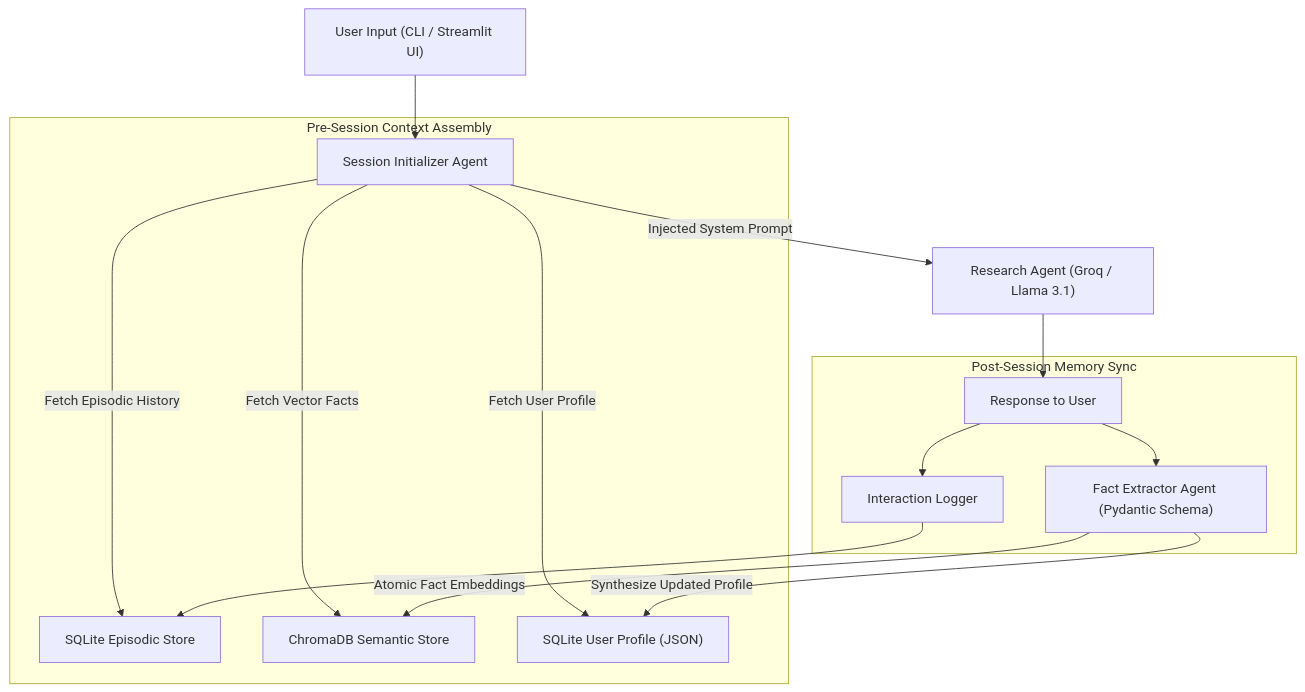
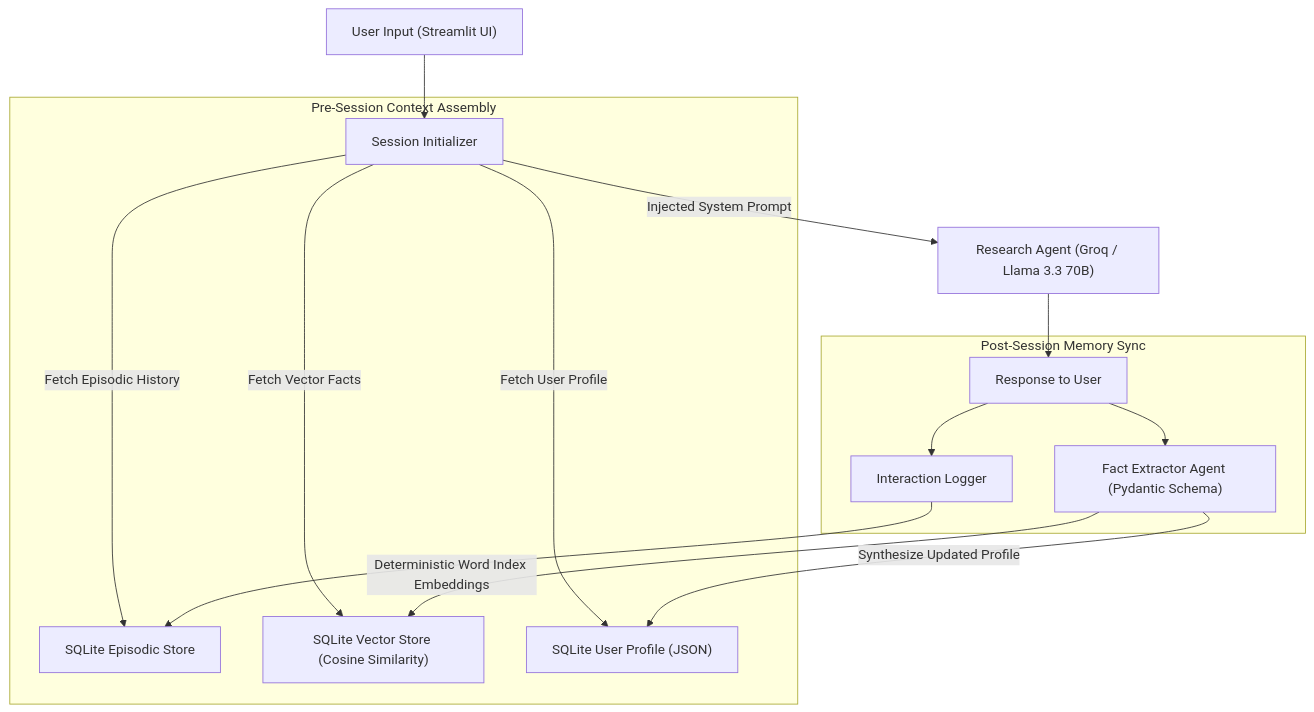
One commit to sohaibAkhlaq/calderr-ai-2026 changed the diagram in WEEK 6/intermediate_project/README.md. Above: the diagram before and after it, drawn with Mermaid. The commit also changed other lines of this file, not shown here.

````diff
--- a/WEEK 6/intermediate_project/README.md
+++ b/WEEK 6/intermediate_project/README.md
@@ -19,20 +19,20 @@
 ```mermaid
 flowchart TD
-    UserSession["User Input (CLI / Streamlit UI)"] --> SessionInit["Session Initializer Agent"]
+    UserSession["User Input (Streamlit UI)"] --> SessionInit["Session Initializer"]
     
     subgraph MemoryRetrieval ["Pre-Session Context Assembly"]
         SessionInit --> |Fetch Episodic History| SQLiteEpisodic["SQLite Episodic Store"]
-        SessionInit --> |Fetch Vector Facts| ChromaSemantic["ChromaDB Semantic Store"]
+        SessionInit --> |Fetch Vector Facts| VectorStore["SQLite Vector Store (Cosine Similarity)"]
         SessionInit --> |Fetch User Profile| UserProfileKV["SQLite User Profile (JSON)"]
     end
     
-    SessionInit --> |Injected System Prompt| ResearchAgent["Research Agent (Groq / Llama 3.1)"]
+    SessionInit --> |Injected System Prompt| ResearchAgent["Research Agent (Groq / Llama 3.3 70B)"]
     ResearchAgent --> UserOutput["Response to User"]
     
     subgraph PostSessionPipeline ["Post-Session Memory Sync"]
         UserOutput --> FactExtractor["Fact Extractor Agent (Pydantic Schema)"]
-        FactExtractor --> |Atomic Fact Embeddings| ChromaSemantic
+        FactExtractor --> |Deterministic Word Index Embeddings| VectorStore
         FactExtractor --> |Synthesize Updated Profile| UserProfileKV
         UserOutput --> Logger["Interaction Logger"] --> SQLiteEpisodic
     end
 ```
````
